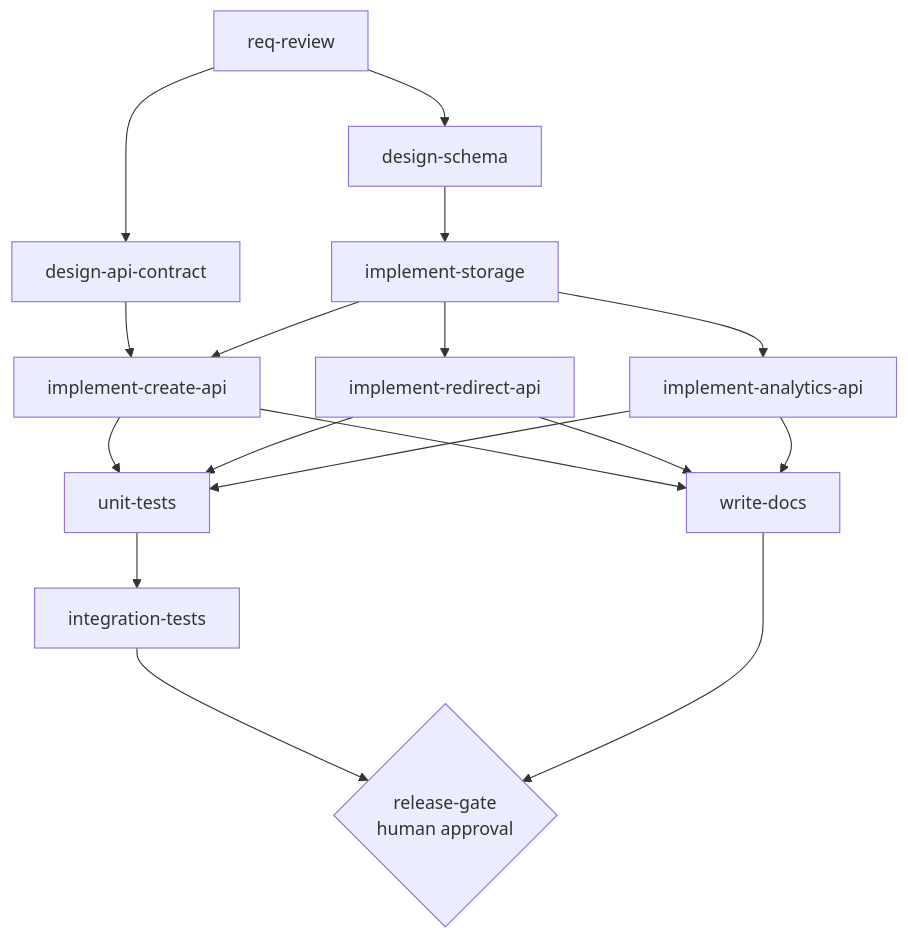
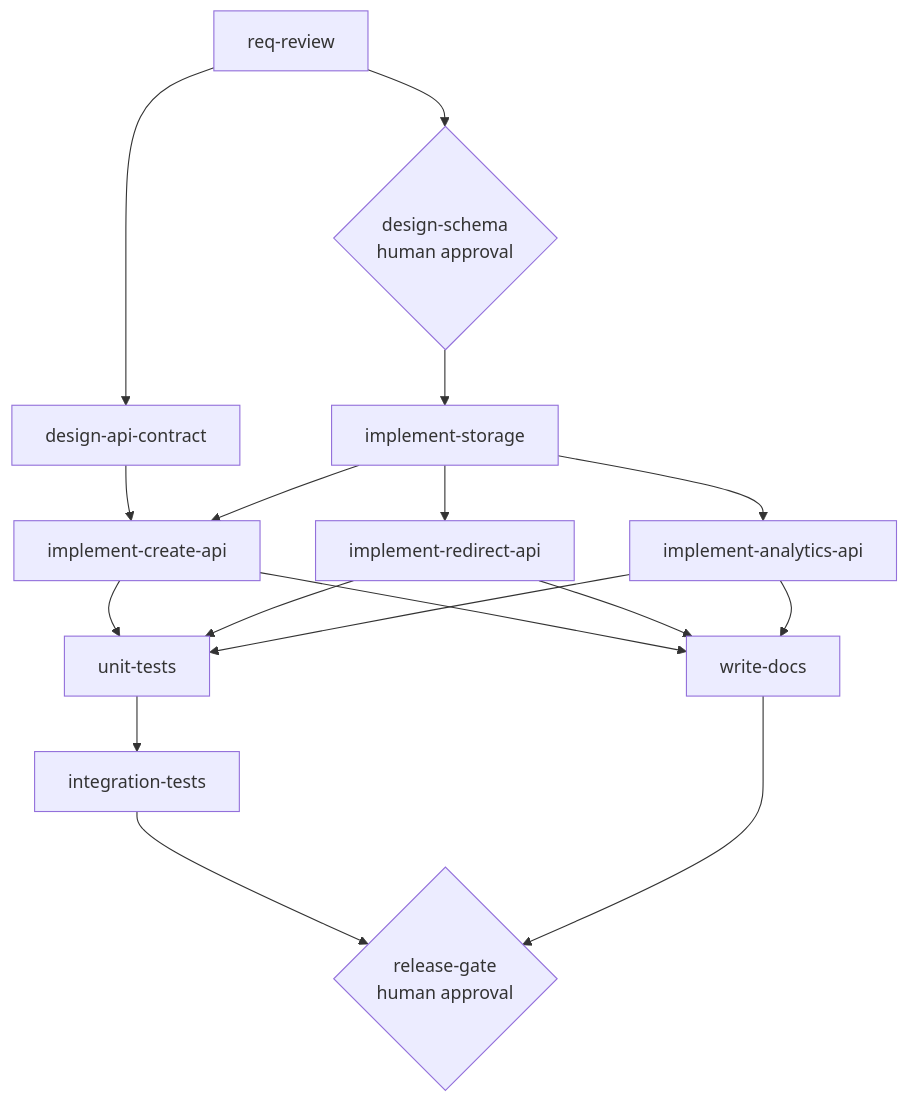
Before and after one commit to SriGoga/agent: the diagram in docs/decomposition.md, drawn with Mermaid. The commit also changed other lines of this file and 12 other files, not shown here.

````diff
--- a/docs/decomposition.md
+++ b/docs/decomposition.md
@@ -30,19 +30,19 @@
 ```mermaid
 graph TD
-    A[req-review] --> B[design-schema]
+    A[req-review] --> B{design-schema<br/>human approval}
     A --> C[design-api-contract]
     B --> D[implement-storage]
     C --> E[implement-create-api]
     D --> E
     D --> F[implement-redirect-api]
     D --> G[implement-analytics-api]
     E --> H[unit-tests]
     F --> H
     G --> H
     H --> I[integration-tests]
     E --> J[write-docs]
     F --> J
     G --> J
     I --> K{release-gate<br/>human approval}
     J --> K
 ```
````
